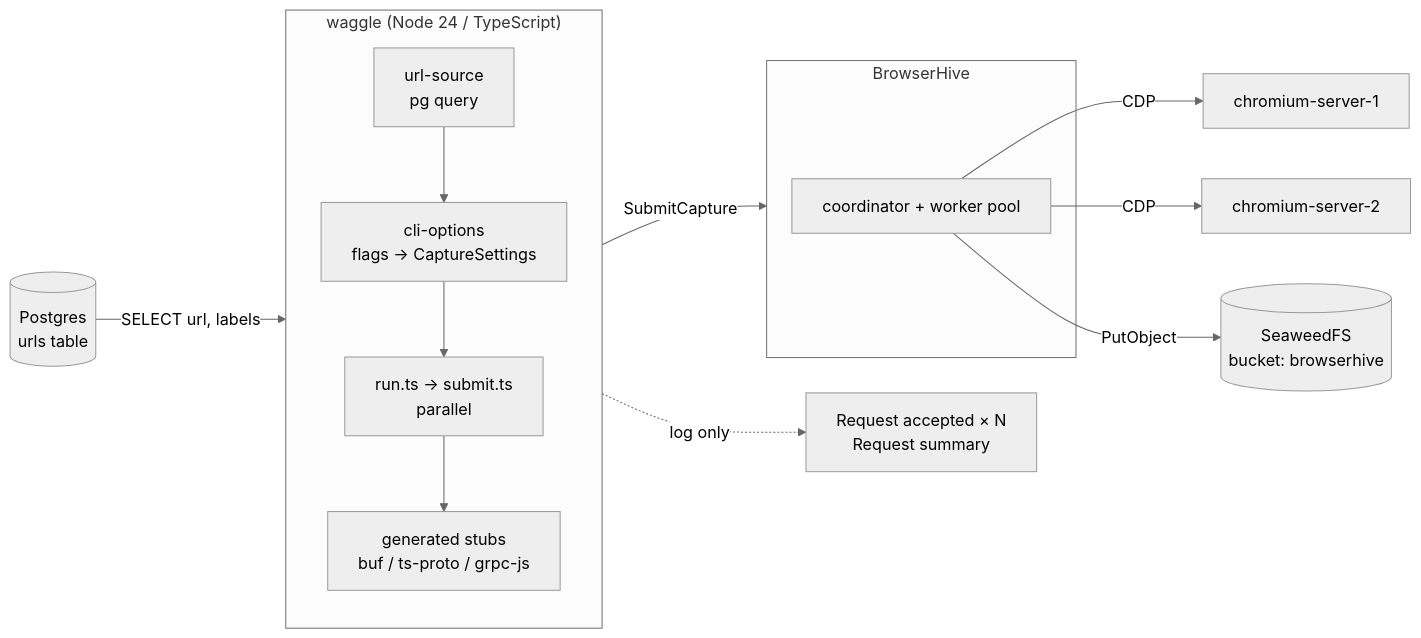
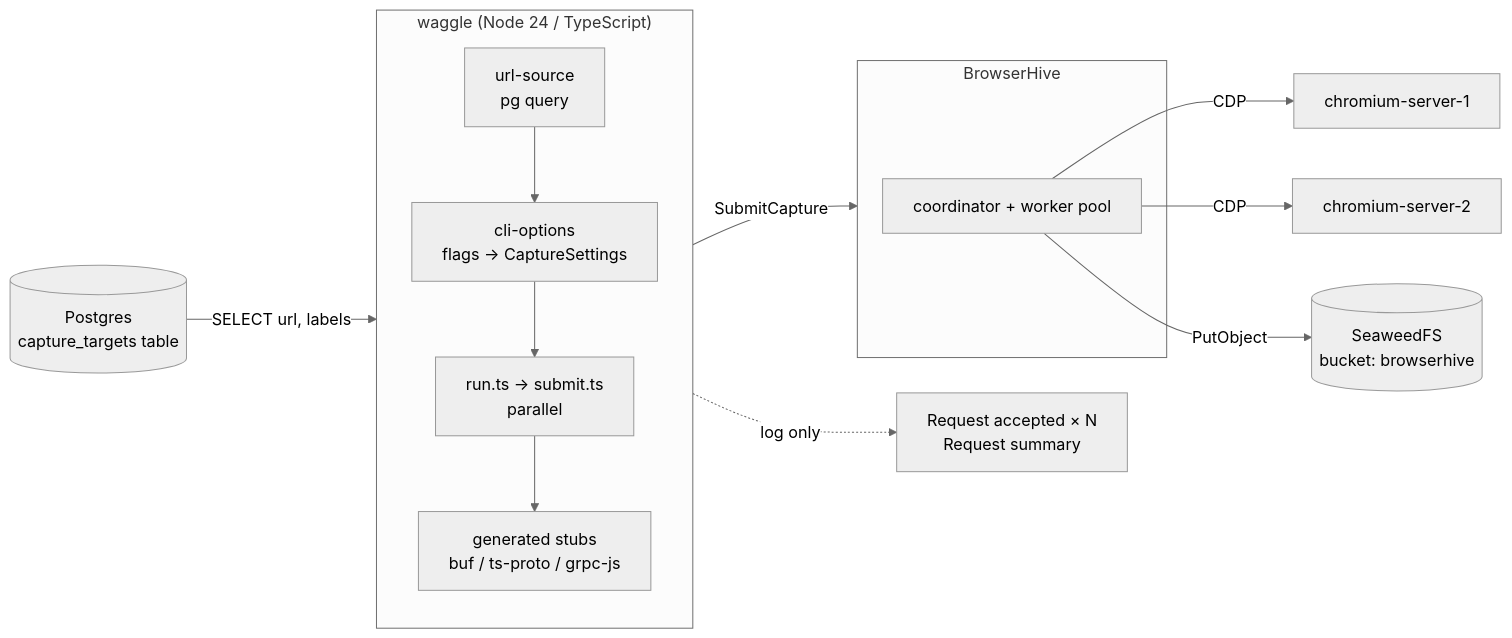
One commit to uraitakahito/waggle changed the first of 2 diagrams in docs-site/src/content/docs/architecture.mdx. Above: the diagram before and after it, drawn with Mermaid (neutral theme). The commit also changed 25 other files, not shown here.

First line of the commit message:
refactor(db)!: urls テーブルを capture_targets に改名する

````diff
--- a/docs-site/src/content/docs/architecture.mdx
+++ b/docs-site/src/content/docs/architecture.mdx
@@ -8,18 +8,18 @@
 ```mermaid
 flowchart LR
-  PG[("Postgres<br/>urls table")] -->|SELECT url, labels| W
+  PG[("Postgres<br/>capture_targets table")] -->|SELECT url, labels| W
   subgraph W["waggle (Node 24 / TypeScript)"]
     direction TB
     US[url-source<br/>pg query] --> CO[cli-options<br/>flags → CaptureSettings]
     CO --> RUN[run.ts → submit.ts<br/>parallel]
     RUN --> SDK[generated stubs<br/>buf / ts-proto / grpc-js]
   end
   SDK -->|SubmitCapture| BH
   subgraph BH["BrowserHive"]
     COORD[coordinator + worker pool]
   end
   COORD -->|CDP| C1[chromium-server-1]
   COORD -->|CDP| C2[chromium-server-2]
   COORD -->|PutObject| S3[(SeaweedFS<br/>bucket: browserhive)]
   W -.->|log only| OUT["Request accepted × N<br/>Request summary"]
 ```
````
